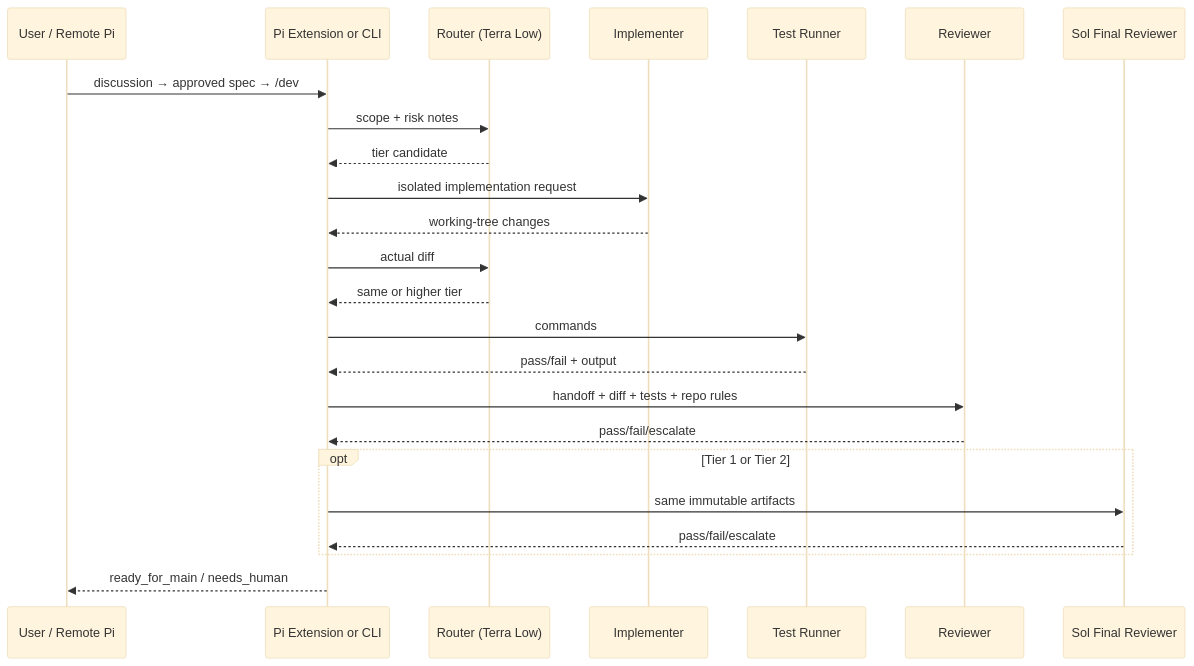
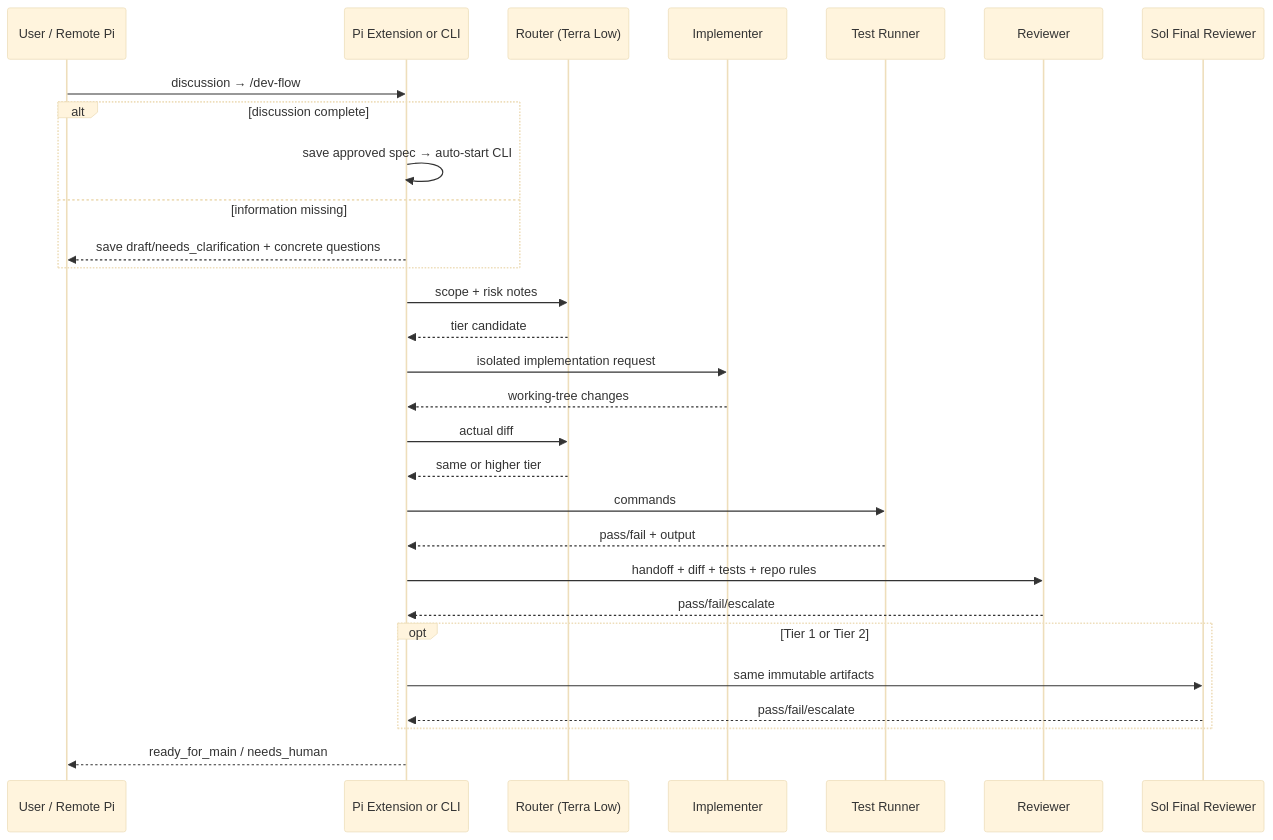
One commit to skai-in-ai/dev-flow changed the diagram in docs/architecture.md. Above: the diagram before and after it, drawn with Mermaid (base theme). The commit also changed other lines of this file and 6 other files, not shown here.

Commit message:
feat: add discussion-aware dev flow

````diff
--- a/docs/architecture.md
+++ b/docs/architecture.md
@@ -21,27 +21,32 @@
 ```mermaid
 sequenceDiagram
     participant U as User / Remote Pi
     participant E as Pi Extension or CLI
     participant R as Router (Terra Low)
     participant I as Implementer
     participant T as Test Runner
     participant V as Reviewer
     participant S as Sol Final Reviewer
 
-    U->>E: discussion → approved spec → /dev
+    U->>E: discussion → /dev-flow
+    alt discussion complete
+      E->>E: save approved spec → auto-start CLI
+    else information missing
+      E-->>U: save draft/needs_clarification + concrete questions
+    end
     E->>R: scope + risk notes
     R-->>E: tier candidate
     E->>I: isolated implementation request
     I-->>E: working-tree changes
     E->>R: actual diff
     R-->>E: same or higher tier
     E->>T: commands
     T-->>E: pass/fail + output
     E->>V: handoff + diff + tests + repo rules
     V-->>E: pass/fail/escalate
     opt Tier 1 or Tier 2
       E->>S: same immutable artifacts
       S-->>E: pass/fail/escalate
     end
     E-->>U: ready_for_main / needs_human
 ```
````
